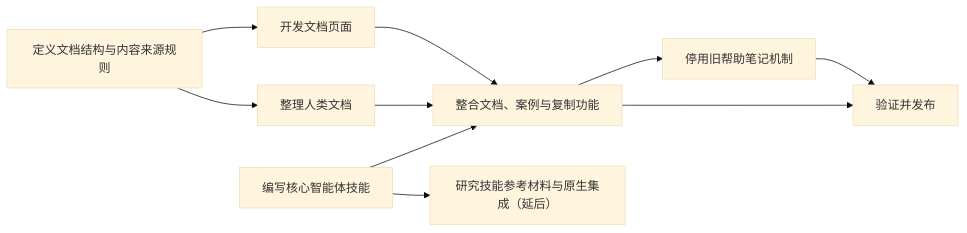
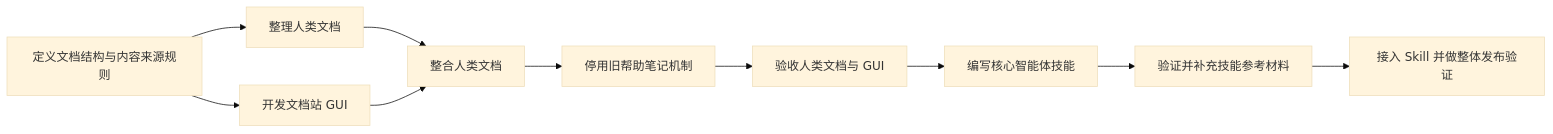
The diagram in .dev/changes/query-view-docs-portal/graph.md (frostime/sy-query-view), drawn with Mermaid (base theme) before and after one commit. The commit also changed other lines of this file and 4 other files, not shown here.

Commit message:
📝 docs(change): sequence docs before agent skill

````diff
--- a/.dev/changes/query-view-docs-portal/graph.md
+++ b/.dev/changes/query-view-docs-portal/graph.md
@@ -6,12 +6,12 @@
 ```mermaid
 flowchart LR
-    structure["定义文档结构与内容来源规则"] --> page["开发文档页面"]
-    structure --> docs["整理人类文档"]
-    page --> integrate["整合文档、案例与复制功能"]
-    docs --> integrate
-    coreSkill["编写核心智能体技能"] --> integrate
+    structure["定义文档结构与内容来源规则"] --> docs["整理人类文档"]
+    structure --> gui["开发文档站 GUI"]
+    docs --> integrate["整合人类文档"]
+    gui --> integrate
     integrate --> retire["停用旧帮助笔记机制"]
-    retire --> verify["验证并发布"]
-    integrate --> verify
-    coreSkill --> research["研究技能参考材料与原生集成（延后）"]
+    retire --> docsVerify["验收人类文档与 GUI"]
+    docsVerify --> skill["编写核心智能体技能"]
+    skill --> references["验证并补充技能参考材料"]
+    references --> release["接入 Skill 并做整体发布验证"]
 ```
````
